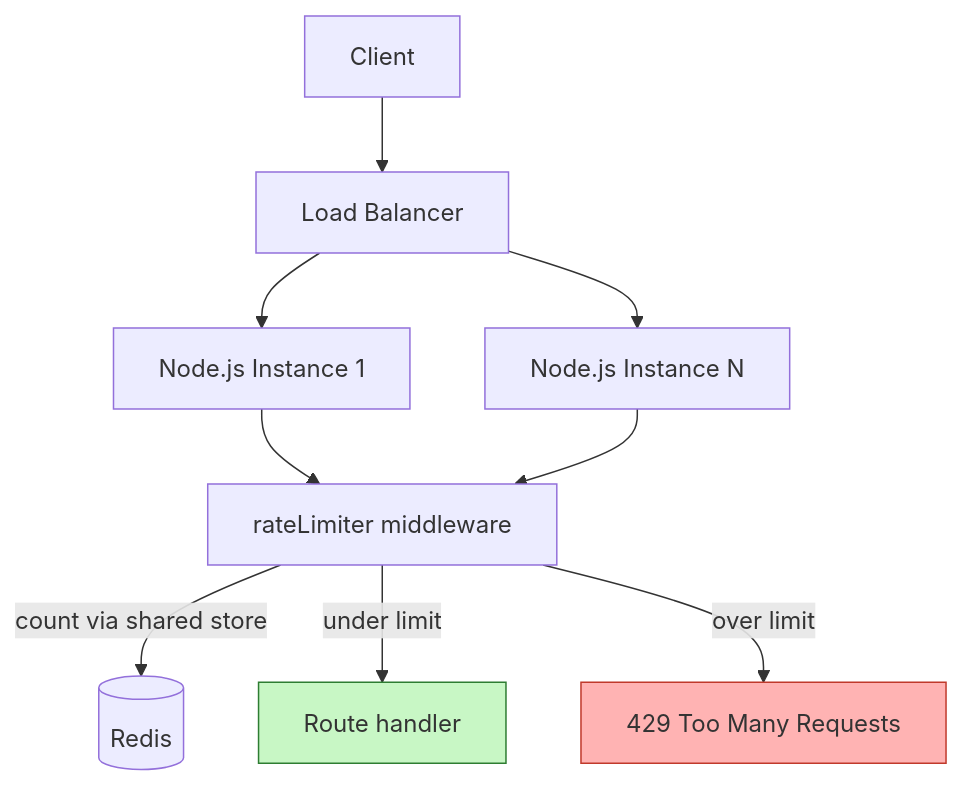
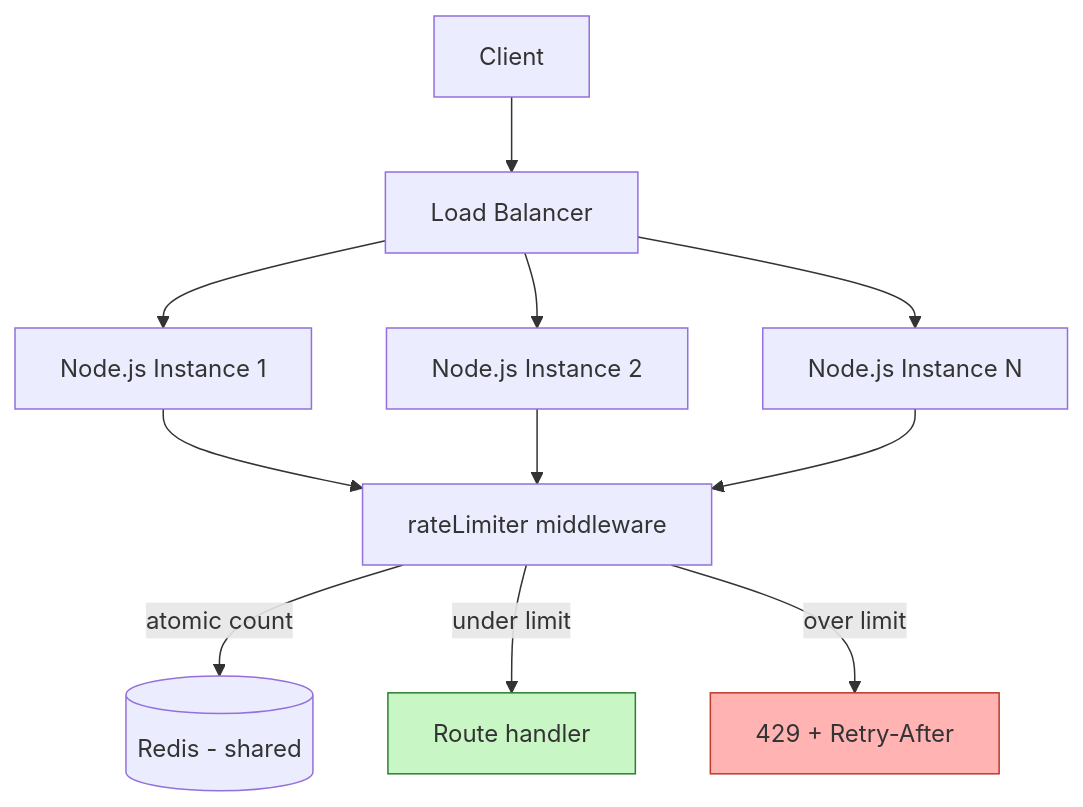
One commit to ravics09/system-design-pro changed the diagram in 06-basic-level-system-design-problems/05-rate-limiter-middleware.md. Above: the diagram before and after it, drawn with Mermaid. The commit also changed other lines of this file and 5 other files, not shown here.

````diff
--- a/06-basic-level-system-design-problems/05-rate-limiter-middleware.md
+++ b/06-basic-level-system-design-problems/05-rate-limiter-middleware.md
@@ -30,13 +51,15 @@
 ```mermaid
 flowchart TD
     C[Client] --> LB[Load Balancer]
     LB --> A1[Node.js Instance 1]
-    LB --> A2[Node.js Instance N]
+    LB --> A2[Node.js Instance 2]
+    LB --> A3[Node.js Instance N]
     A1 --> RL[rateLimiter middleware]
     A2 --> RL
-    RL -->|count via shared store| R[(Redis)]
+    A3 --> RL
+    RL -->|atomic count| R[(Redis - shared)]
     RL -->|under limit| H[Route handler]
-    RL -->|over limit| X[429 Too Many Requests]
+    RL -->|over limit| X[429 + Retry-After]
     style X fill:#ffb3b3,stroke:#c0392b
     style H fill:#c8f7c5,stroke:#2e7d32
 ```
````
